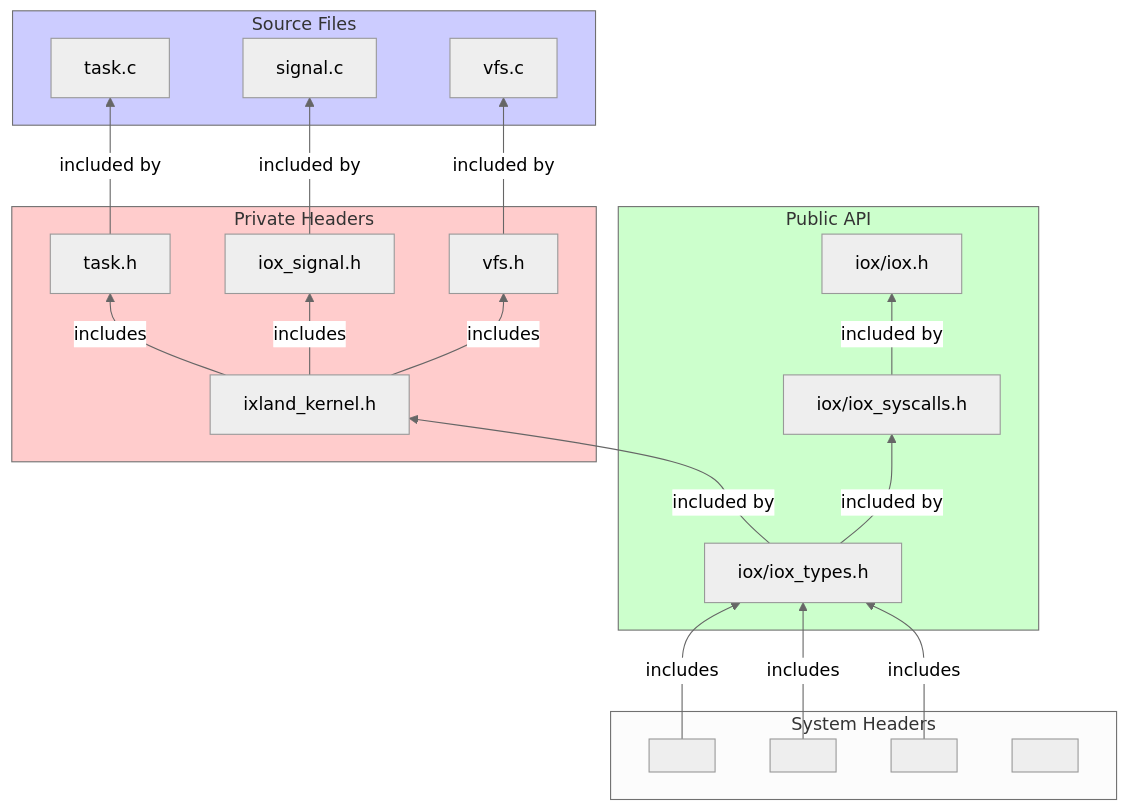
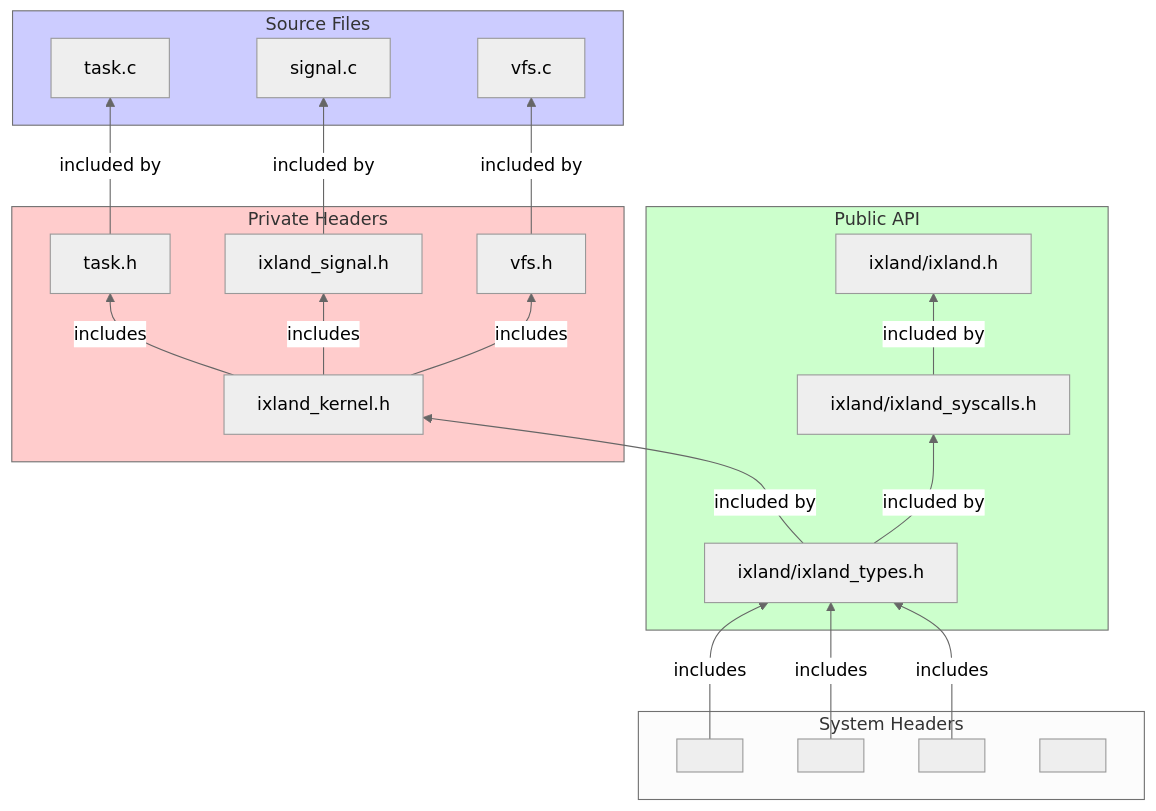
Before and after one commit to rudironsoni/ixland: diagram 12 of 15 in docs/ARCHITECTURE_POST_MISSION.md, drawn with Mermaid (neutral theme). The commit also changed other lines of this file and 268 other files, not shown here.

Commit message:
refactor(naming): migrate remaining iox identifiers to ixland

````diff
--- a/docs/ARCHITECTURE_POST_MISSION.md
+++ b/docs/ARCHITECTURE_POST_MISSION.md
@@ -507,48 +507,48 @@
 ```mermaid
 flowchart BT
     subgraph System["System Headers"]
         SysTypes["<sys/types.h>"]
         SysStat["<sys/stat.h>"]
         Signal["<signal.h>"]
         PThread["<pthread.h>"]
     end
 
     subgraph Public["Public API"]
-        IoxTypes["iox/iox_types.h"]
-        IoxSyscalls["iox/iox_syscalls.h"]
-        IoxUmbrella["iox/iox.h"]
+        IxlandTypes["ixland/ixland_types.h"]
+        IxlandSyscalls["ixland/ixland_syscalls.h"]
+        IxlandUmbrella["ixland/ixland.h"]
     end
 
     subgraph Private["Private Headers"]
         IxlandKernel["ixland_kernel.h"]
         TaskH["task.h"]
-        SignalH["iox_signal.h"]
+        SignalH["ixland_signal.h"]
         VfsH["vfs.h"]
     end
 
     subgraph Source["Source Files"]
         TaskC["task.c"]
         SignalC["signal.c"]
         VfsC["vfs.c"]
     end
 
-    SysTypes -->|includes| IoxTypes
-    SysStat -->|includes| IoxTypes
-    Signal -->|includes| IoxTypes
+    SysTypes -->|includes| IxlandTypes
+    SysStat -->|includes| IxlandTypes
+    Signal -->|includes| IxlandTypes
 
-    IoxTypes -->|included by| IoxSyscalls
-    IoxSyscalls -->|included by| IoxUmbrella
+    IxlandTypes -->|included by| IxlandSyscalls
+    IxlandSyscalls -->|included by| IxlandUmbrella
 
-    IoxTypes -->|included by| IxlandKernel
+    IxlandTypes -->|included by| IxlandKernel
     IxlandKernel -->|includes| TaskH
     IxlandKernel -->|includes| SignalH
     IxlandKernel -->|includes| VfsH
 
     TaskH -->|included by| TaskC
     SignalH -->|included by| SignalC
     VfsH -->|included by| VfsC
 
     style Public fill:#ccffcc
     style Private fill:#ffcccc
     style Source fill:#ccccff
 ```
````
